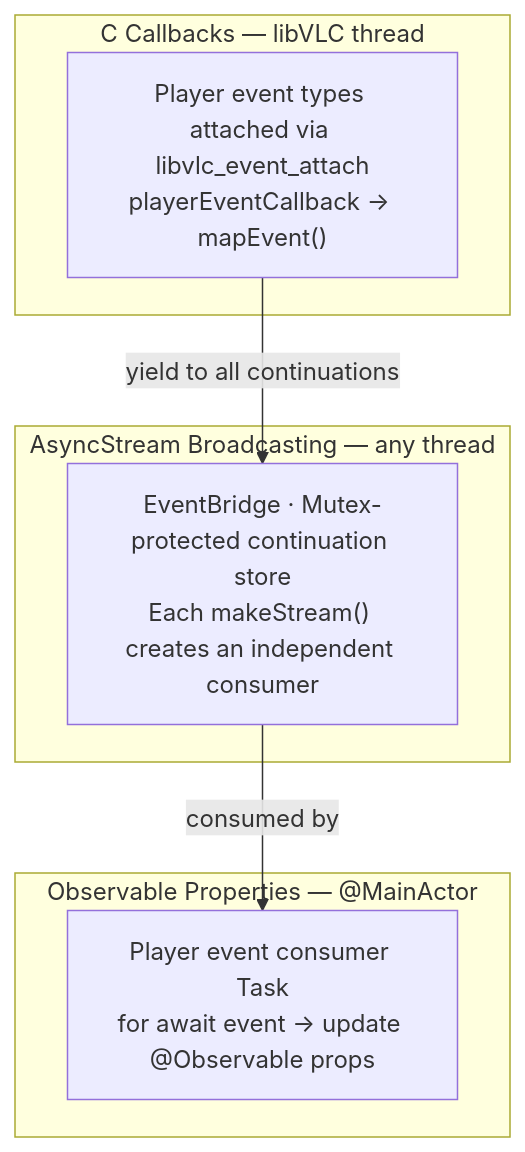
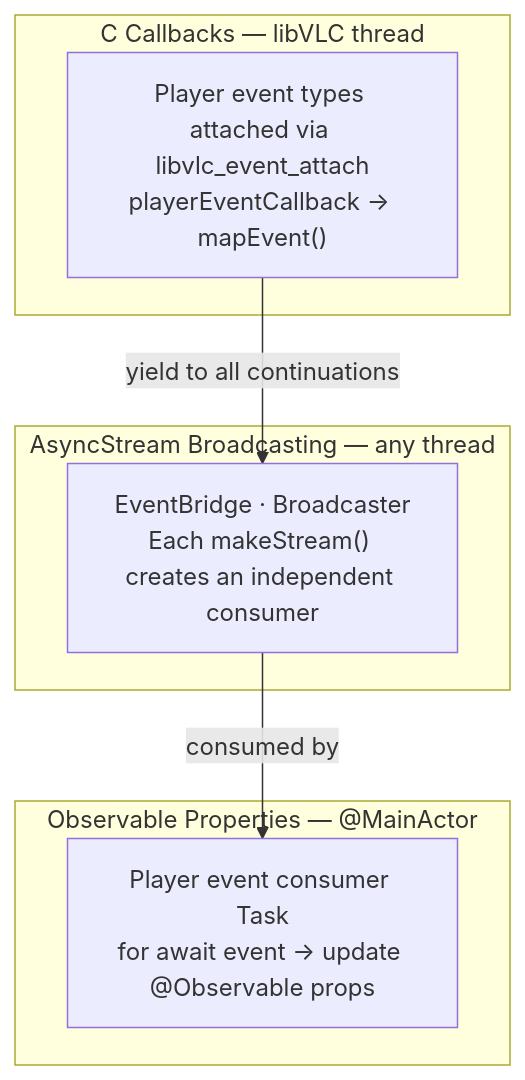
One commit to harflabs/SwiftVLC changed the fourth of 7 diagrams in ARCHITECTURE.md. Above: the diagram before and after it, drawn with Mermaid. The commit also changed other lines of this file and 30 other files, not shown here.

````diff
--- a/ARCHITECTURE.md
+++ b/ARCHITECTURE.md
@@ -384,17 +383,17 @@
 ```mermaid
 flowchart TB
     subgraph L1["C Callbacks — libVLC thread"]
         CB["Player event types attached via libvlc_event_attach<br/>playerEventCallback → mapEvent()"]
     end
 
     subgraph L2["AsyncStream Broadcasting — any thread"]
-        Store["EventBridge · Mutex-protected continuation store<br/>Each makeStream() creates an independent consumer"]
+        Store["EventBridge · Broadcaster<PlayerEvent><br/>Each makeStream() creates an independent consumer"]
     end
 
     subgraph L3["Observable Properties — @MainActor"]
         Update["Player event consumer Task<br/>for await event → update @Observable props"]
     end
 
     CB -->|"yield to all continuations"| Store
     Store -->|"consumed by"| Update
 ```
````
